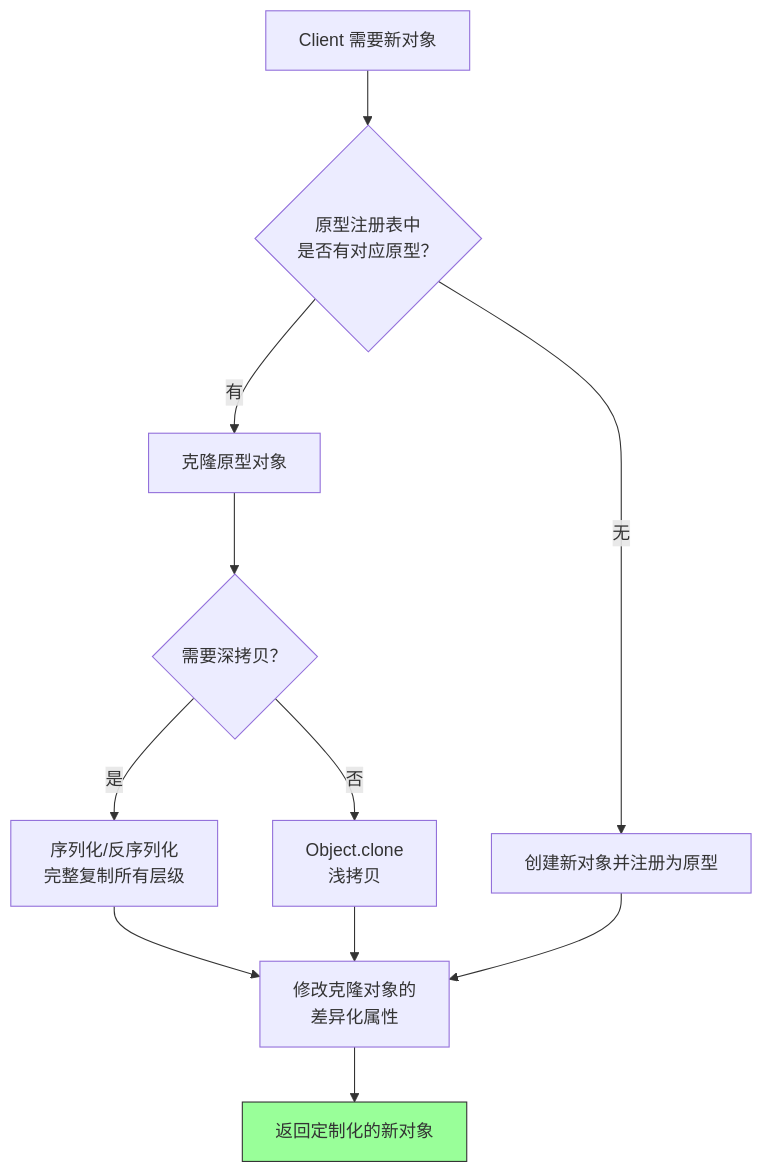
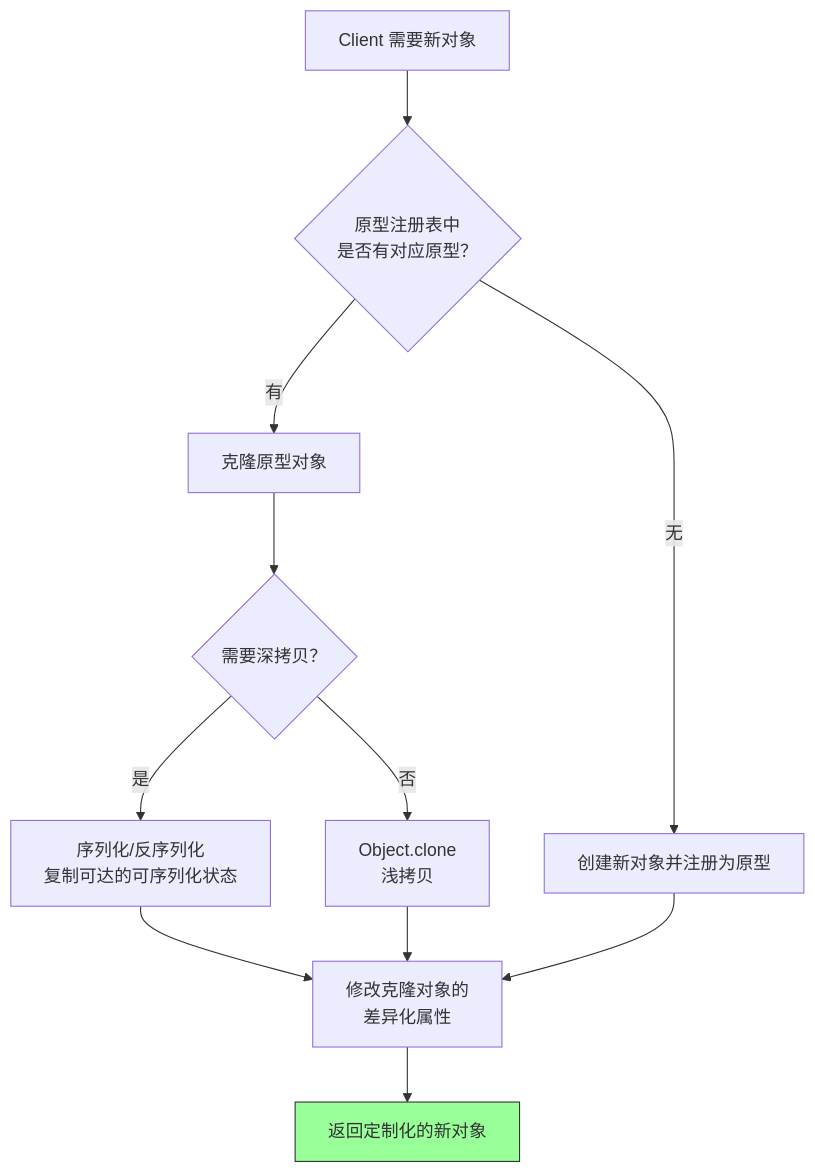
Before and after one commit to b1tzer/the-stack: the second of 2 diagrams in docs/design-pattern/01-creational/chapter-04-prototype.md, drawn with Mermaid. The commit also changed other lines of this file and 1 other file, not shown here.

````diff
--- a/docs/design-pattern/01-creational/chapter-04-prototype.md
+++ b/docs/design-pattern/01-creational/chapter-04-prototype.md
@@ -199,15 +202,15 @@
 ```mermaid
 flowchart TD
     A[Client 需要新对象] --> B{原型注册表中<br/>是否有对应原型？}
     B -->|有| C[克隆原型对象]
     B -->|无| D[创建新对象并注册为原型]
     C --> E{需要深拷贝？}
-    E -->|是| F[序列化/反序列化<br/>完整复制所有层级]
+    E -->|是| F[序列化/反序列化<br/>复制可达的可序列化状态]
     E -->|否| G[Object.clone<br/>浅拷贝]
     F --> H[修改克隆对象的<br/>差异化属性]
     G --> H
     D --> H
     H --> I[返回定制化的新对象]
 
     style I fill:#9f9,stroke:#333
 ```
````
